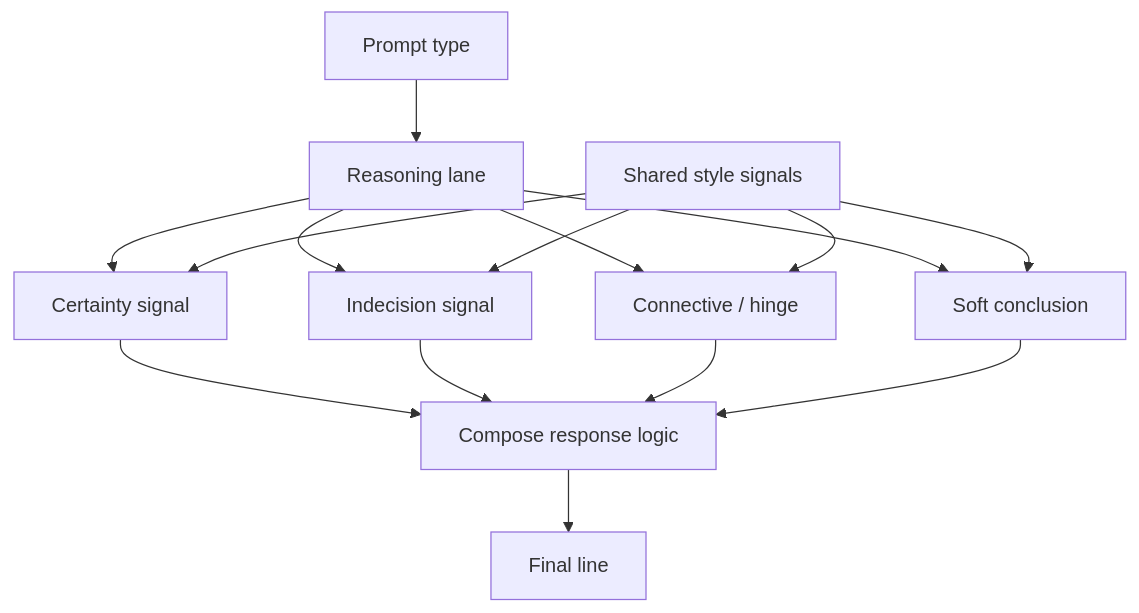
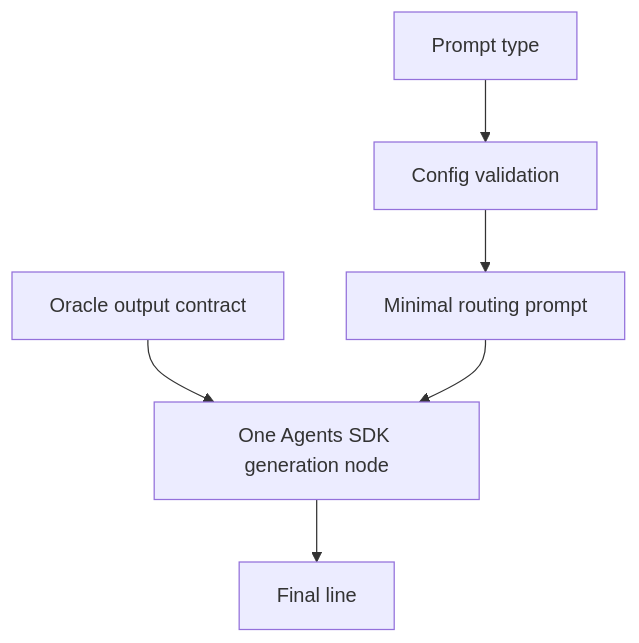
Before and after one commit to tryskian/probaboracle: the first of 5 diagrams in docs/diagrams/PIPELINE.md, drawn with Mermaid. The commit also changed other lines of this file and 15 other files, not shown here.

````diff
--- a/docs/diagrams/PIPELINE.md
+++ b/docs/diagrams/PIPELINE.md
@@ -9,30 +9,15 @@
 ```mermaid
 flowchart TD
   A["Prompt type"]
-  B["Reasoning lane"]
-  C["Shared style signals"]
-  D["Certainty signal"]
-  E["Indecision signal"]
-  F["Connective / hinge"]
-  G["Soft conclusion"]
-  H["Compose response logic"]
-  I["Final line"]
+  B["Config validation"]
+  C["Minimal routing prompt"]
+  D["Oracle output contract"]
+  E["One Agents SDK generation node"]
+  F["Final line"]
 
   A --> B
-  B --> D
-  B --> E
-  B --> F
-  B --> G
-
-  C --> D
+  B --> C
+  D --> E
   C --> E
-  C --> F
-  C --> G
-
-  D --> H
-  E --> H
-  F --> H
-  G --> H
-
-  H --> I
+  E --> F
 ```
````
